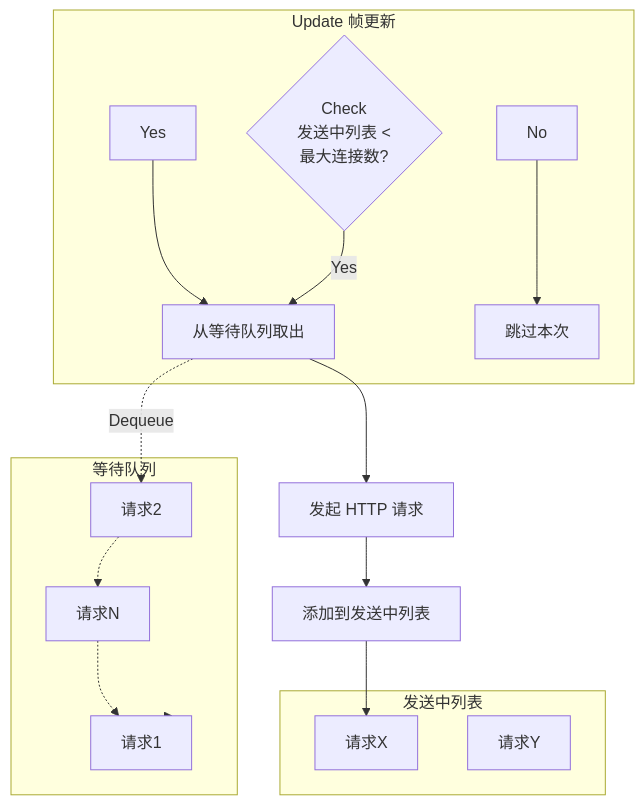
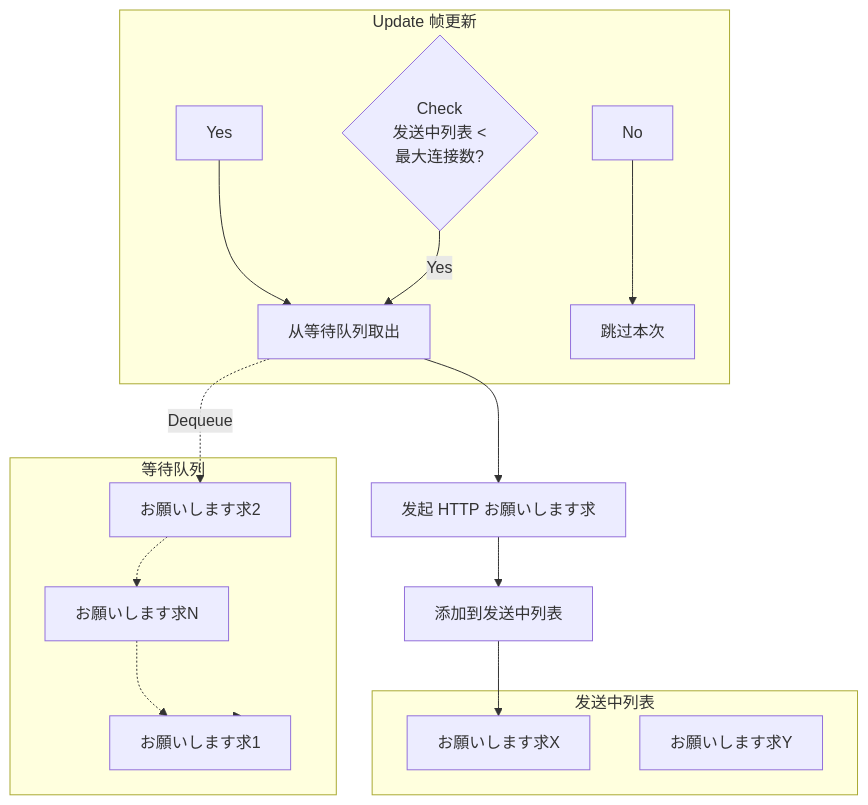
One commit to AlianBlank/GameFrameX.Docs changed the fifth of 5 diagrams in docs/ja/client/unity/component/web-protobuff/06.architecture.md. Above: the diagram before and after it, drawn with Mermaid. The commit also changed other lines of this file and 603 other files, not shown here.

````diff
--- a/docs/ja/client/unity/component/web-protobuff/06.architecture.md
+++ b/docs/ja/client/unity/component/web-protobuff/06.architecture.md
@@ -186,29 +186,29 @@
 ```mermaid
 flowchart TD
     subgraph Update["Update 帧更新"]
         Check{Check<br/>发送中列表 &lt;<br/>最大连接数?}
         Yes --> Dequeue["从等待队列取出"]
         No --> Skip["跳过本次"]
     end
     
     subgraph Waiting["等待队列"]
-        Q1[请求1]
-        Q2[请求2]
-        Q3[请求N]
+        Q1[お願いします求1]
+        Q2[お願いします求2]
+        Q3[お願いします求N]
     end
     
     subgraph Sending["发送中列表"]
-        S1[请求X]
-        S2[请求Y]
+        S1[お願いします求X]
+        S2[お願いします求Y]
     end
     
     Check -->|Yes| Dequeue
-    Dequeue --> Send["发起 HTTP 请求"]
+    Dequeue --> Send["发起 HTTP お願いします求"]
     Send --> AddSending["添加到发送中列表"]
     AddSending --> S1
     
     Dequeue -.->|Dequeue| Q2
     Q2 -.-> Q3
     Q3 -.-> Q1
     Q1 -.-> Waiting
 ```
````
